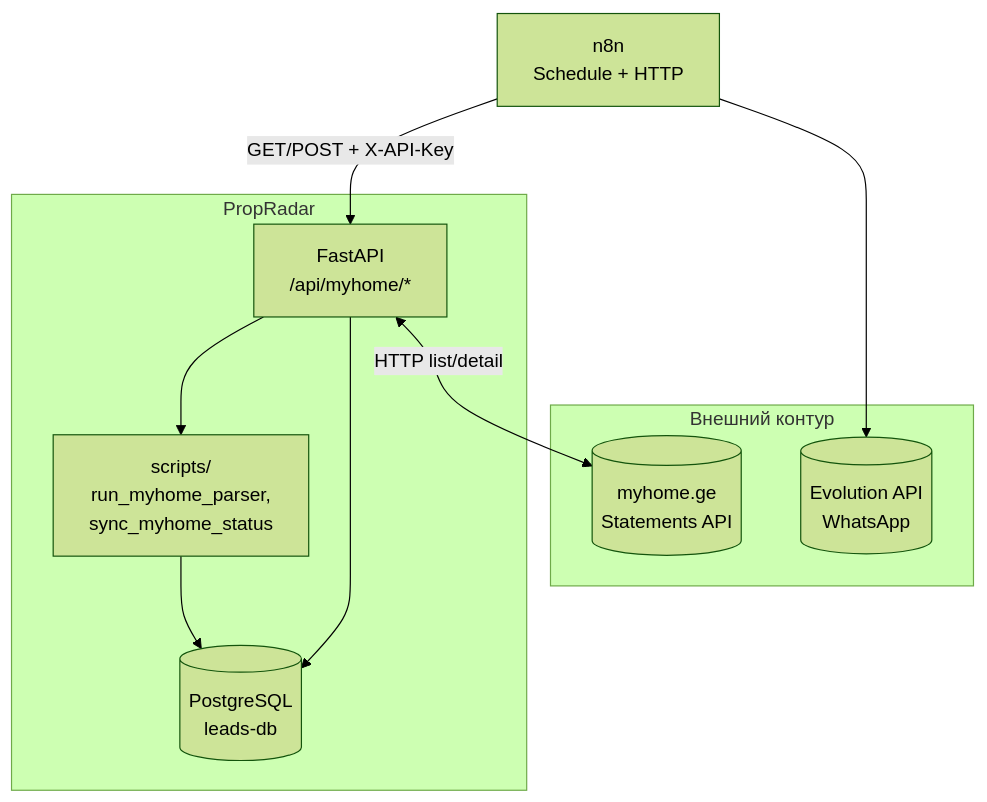
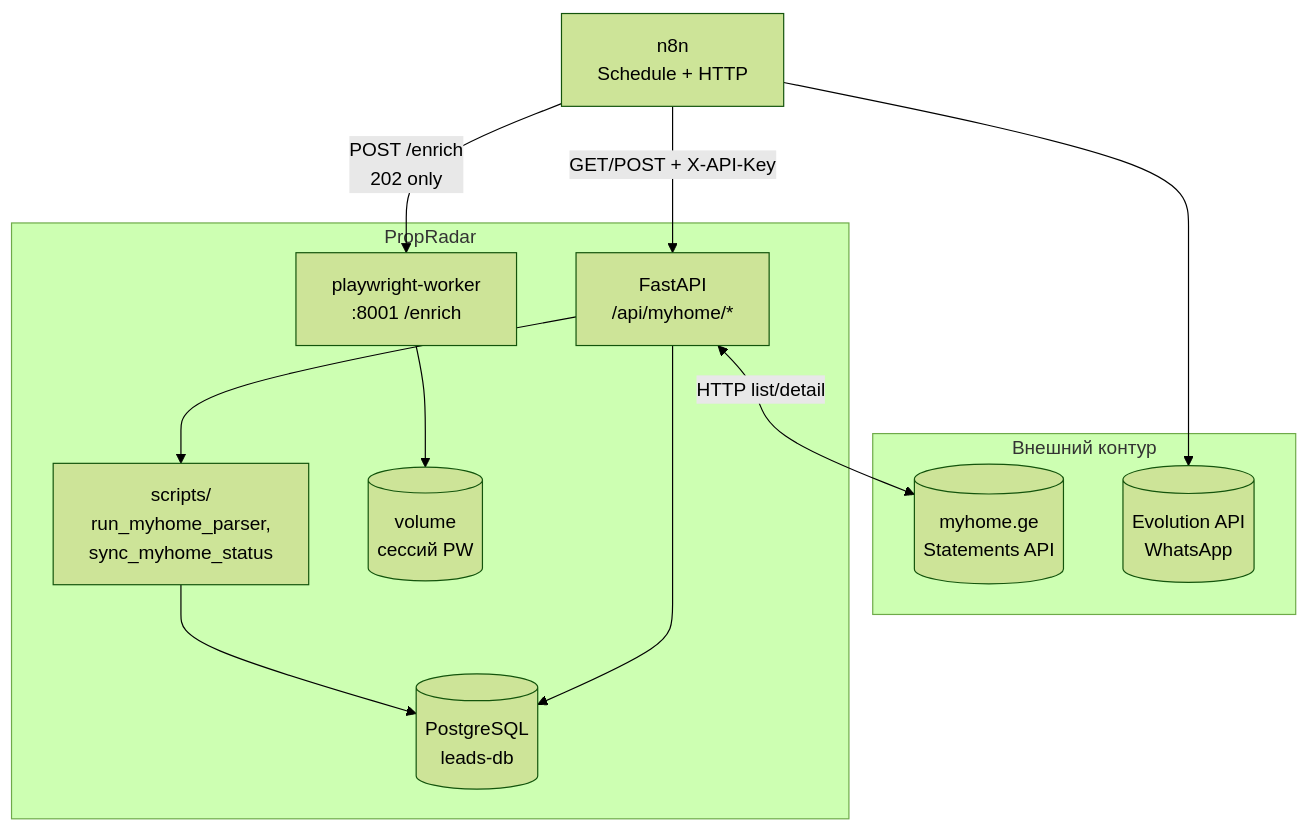
Before and after one commit to ruzzo-prog/PropRadar: the diagram in docs/INGRESS_ARCHITECTURE.md, drawn with Mermaid (forest theme). The commit also changed other lines of this file and 3 other files, not shown here.

Commit message:
docs(worker): playwright-worker ingress и n8n после Scanner PASS

````diff
--- a/docs/INGRESS_ARCHITECTURE.md
+++ b/docs/INGRESS_ARCHITECTURE.md
@@ -26,22 +26,26 @@
 ```mermaid
 flowchart TB
   subgraph external["Внешний контур"]
     MH[("myhome.ge\nStatements API")]
     EV[("Evolution API\nWhatsApp")]
   end
 
   subgraph propradar["PropRadar"]
     API["FastAPI\n/api/myhome/*"]
+    PW["playwright-worker\n:8001 /enrich"]
     CLI["scripts/\nrun_myhome_parser,\nsync_myhome_status"]
     DB[("PostgreSQL\nleads-db")]
+    VOL[("volume\nсессий PW")]
   end
 
   N8N["n8n\nSchedule + HTTP"]
 
   N8N -->|GET/POST + X-API-Key| API
+  N8N -->|POST /enrich\n202 only| PW
+  PW --> VOL
   API <-->|HTTP list/detail| MH
   API --> CLI
   CLI --> DB
   N8N --> EV
   API --> DB
 ```
````
